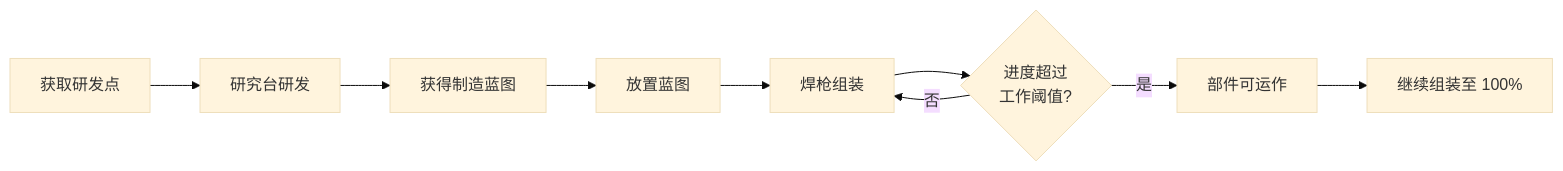
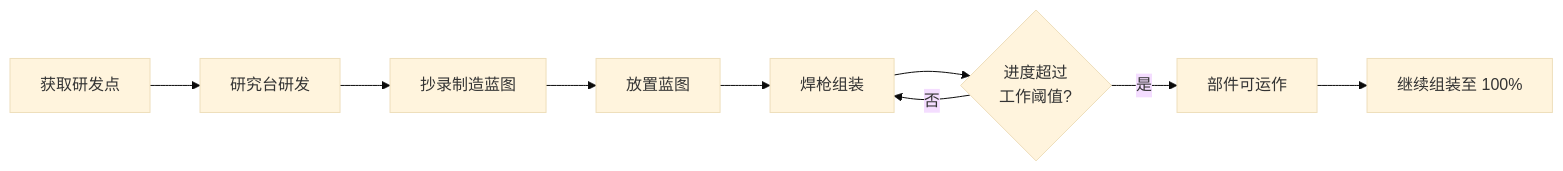
Before and after one commit to Sweetzonzi/Machine-Max: the diagram in docs/wiki/2-载具系统完全指南/2.6-蓝图系统.md, drawn with Mermaid (base theme). The commit also changed other lines of this file and 142 other files, not shown here.

````diff
--- a/docs/wiki/2-载具系统完全指南/2.6-蓝图系统.md
+++ b/docs/wiki/2-载具系统完全指南/2.6-蓝图系统.md
@@ -15,11 +15,11 @@
 ```mermaid
 flowchart LR
     A[获取研发点] --> B[研究台研发]
-    B --> C[获得制造蓝图]
+    B --> C[抄录制造蓝图]
     C --> D[放置蓝图]
     D --> E[焊枪组装]
     E --> F{进度超过<br>工作阈值?}
     F -->|是| G[部件可运作]
     F -->|否| E
     G --> H[继续组装至 100%]
 ```
````
